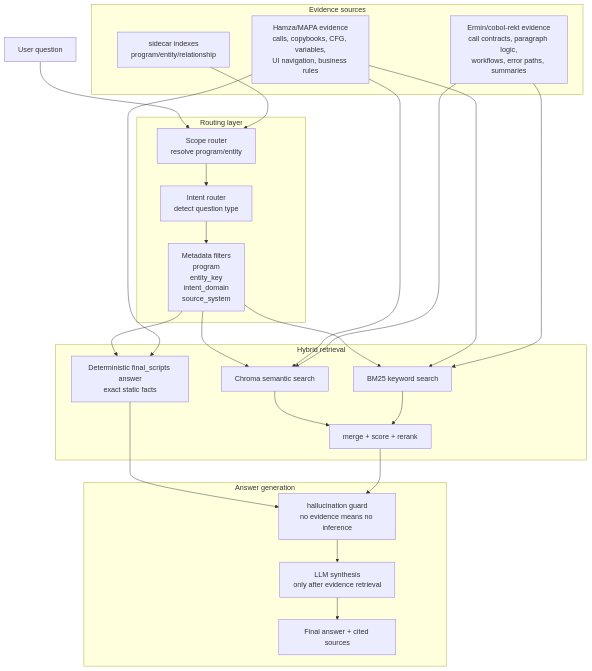
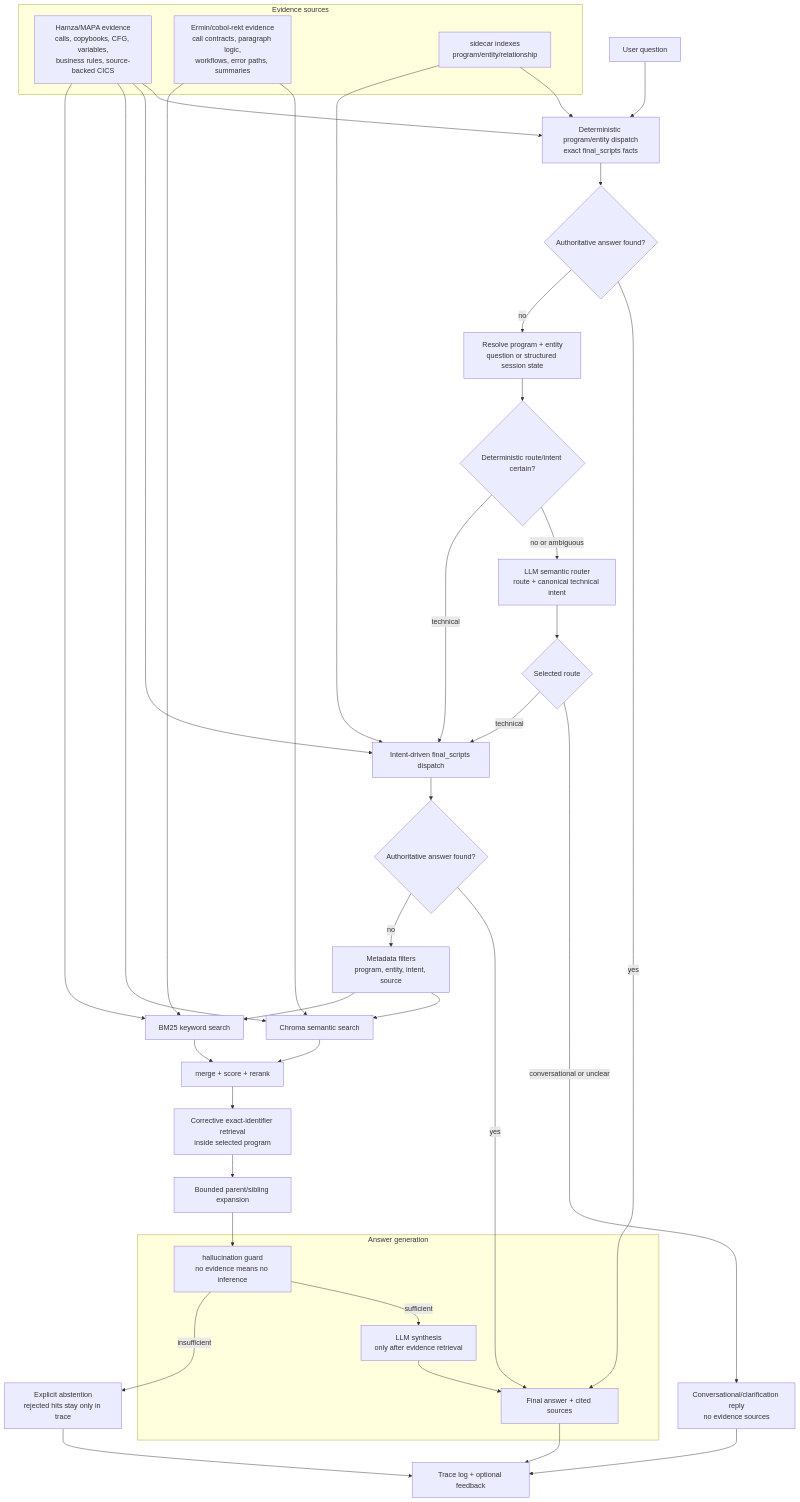
The second of 2 diagrams in docs/current_rag_architecture.md (hamzaabedlkadr-b/legacy-program-analysis), drawn with Mermaid before and after one commit. The commit also changed other lines of this file and 17 other files, not shown here.

First line of the commit message:
feat: normalize source-backed evidence for scalable retrieval

````diff
--- a/docs/current_rag_architecture.md
+++ b/docs/current_rag_architecture.md
@@ -82,51 +93,64 @@
 ```mermaid
 flowchart TD
   user["User question"]
-
-  subgraph routing["Routing layer"]
-    scope["Scope router<br/>resolve program/entity"]
-    intent["Intent router<br/>detect question type"]
-    filters["Metadata filters<br/>program<br/>entity_key<br/>intent_domain<br/>source_system"]
-  end
-
-  subgraph retrieval["Hybrid retrieval"]
-    deterministic["Deterministic final_scripts answer<br/>exact static facts"]
-    vector["Chroma semantic search"]
-    lexical["BM25 keyword search"]
-    rerank["merge + score + rerank"]
-  end
+  exact["Deterministic program/entity dispatch<br/>exact final_scripts facts"]
+  exact_hit{"Authoritative answer found?"}
+  scope["Resolve program + entity<br/>question or structured session state"]
+  scope_route{"Deterministic route/intent certain?"}
+  semantic["LLM semantic router<br/>route + canonical technical intent"]
+  route{"Selected route"}
+  intent_dispatch["Intent-driven final_scripts dispatch"]
+  intent_hit{"Authoritative answer found?"}
+  filters["Metadata filters<br/>program, entity, intent, source"]
+  vector["Chroma semantic search"]
+  lexical["BM25 keyword search"]
+  rerank["merge + score + rerank"]
+  correction["Corrective exact-identifier retrieval<br/>inside selected program"]
+  expansion["Bounded parent/sibling expansion"]
+  conversation["Conversational/clarification reply<br/>no evidence sources"]
+  abstain["Explicit abstention<br/>rejected hits stay only in trace"]
+  trace["Trace log + optional feedback"]
 
   subgraph evidence["Evidence sources"]
-    hamza["Hamza/MAPA evidence<br/>calls, copybooks, CFG, variables,<br/>UI navigation, business rules"]
+    hamza["Hamza/MAPA evidence<br/>calls, copybooks, CFG, variables,<br/>business rules, source-backed CICS"]
     ermin["Ermin/cobol-rekt evidence<br/>call contracts, paragraph logic,<br/>workflows, error paths, summaries"]
     maps["sidecar indexes<br/>program/entity/relationship"]
   end
 
   subgraph answer["Answer generation"]
     guard["hallucination guard<br/>no evidence means no inference"]
     llm["LLM synthesis<br/>only after evidence retrieval"]
     final["Final answer + cited sources"]
   end
 
-  user --> scope
-  scope --> intent
-  intent --> filters
-
-  filters --> deterministic
+  user --> exact --> exact_hit
+  exact_hit -- yes --> final
+  exact_hit -- no --> scope --> scope_route
+  scope_route -- no or ambiguous --> semantic --> route
+  scope_route -- technical --> intent_dispatch
+  route -- conversational or unclear --> conversation
+  route -- technical --> intent_dispatch --> intent_hit
+  intent_hit -- yes --> final
+  intent_hit -- no --> filters
   filters --> vector
   filters --> lexical
 
-  maps --> scope
-  hamza --> deterministic
+  maps --> exact
+  maps --> intent_dispatch
+  hamza --> exact
+  hamza --> intent_dispatch
   hamza --> vector
   hamza --> lexical
   ermin --> vector
   ermin --> lexical
 
   vector --> rerank
   lexical --> rerank
-  deterministic --> guard
-  rerank --> guard
-  guard --> llm
+  rerank --> correction --> expansion --> guard
+  guard -- sufficient --> llm
+  guard -- insufficient --> abstain
   llm --> final
+  final --> trace
+  abstain --> trace
+  conversation --> trace
 ```
````
